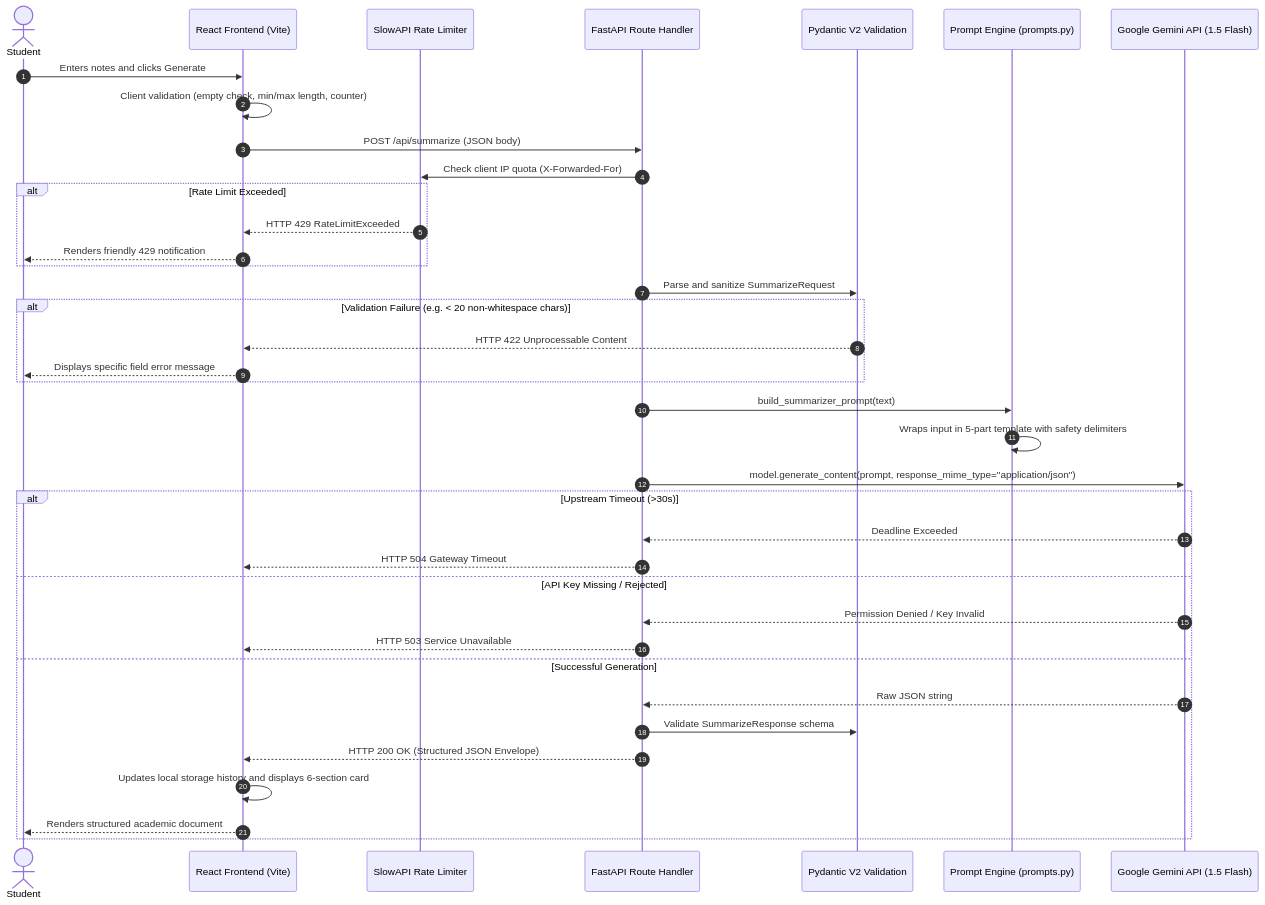
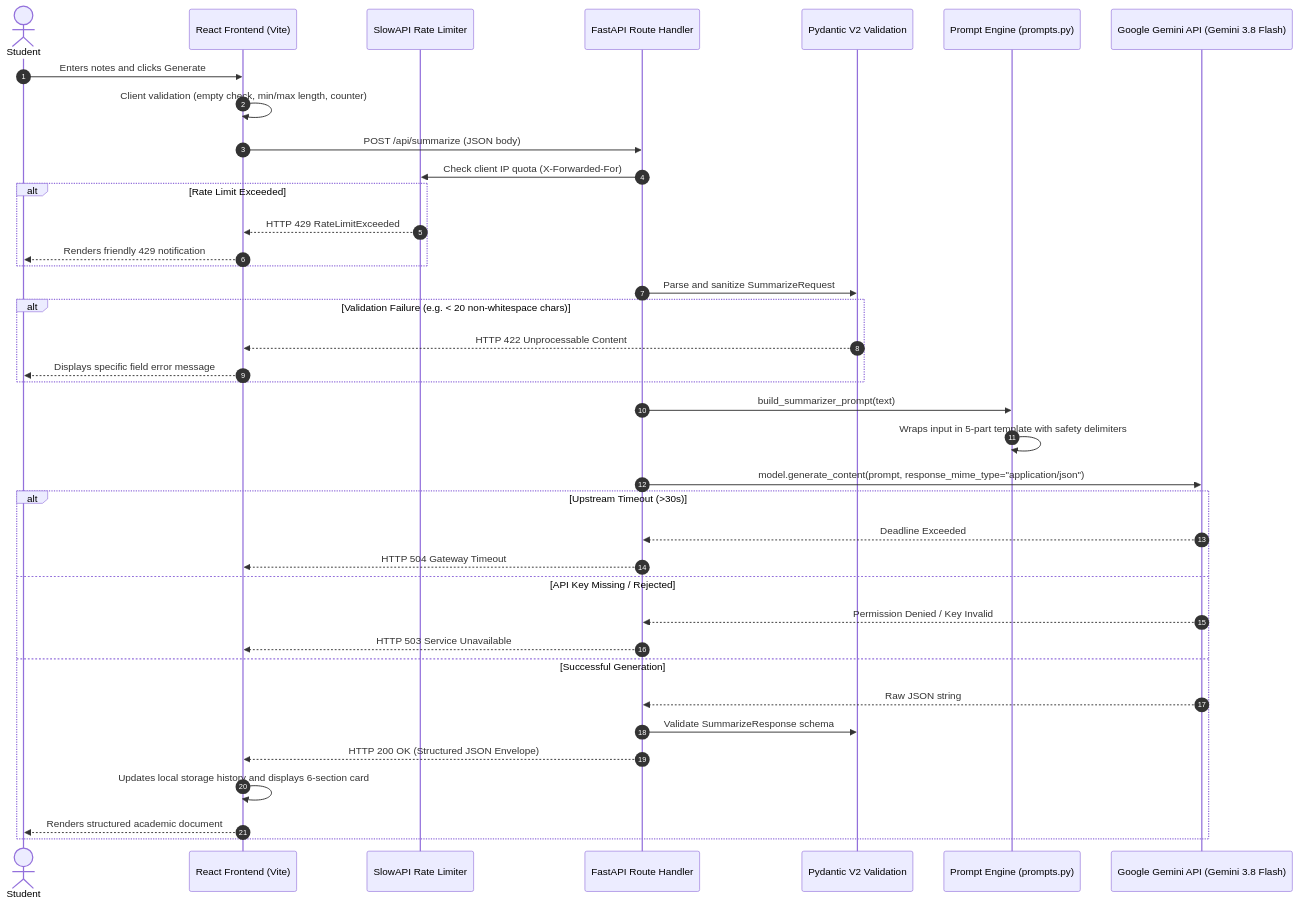
One commit to harshchavan009/StudyMate-AI changed the diagram in docs/EVALUATION_GUIDE.md. Above: the diagram before and after it, drawn with Mermaid. The commit also changed other lines of this file and 4 other files, not shown here.

````diff
--- a/docs/EVALUATION_GUIDE.md
+++ b/docs/EVALUATION_GUIDE.md
@@ -9,41 +9,41 @@
 ```mermaid
 sequenceDiagram
     autonumber
     actor Student
     participant UI as React Frontend (Vite)
     participant Limiter as SlowAPI Rate Limiter
     participant Endpoint as FastAPI Route Handler
     participant Pydantic as Pydantic V2 Validation
     participant Prompt as Prompt Engine (prompts.py)
-    participant Gemini as Google Gemini API (1.5 Flash)
+    participant Gemini as Google Gemini API (Gemini 3.8 Flash)
 
     Student->>UI: Enters notes and clicks Generate
     UI->>UI: Client validation (empty check, min/max length, counter)
     UI->>Endpoint: POST /api/summarize (JSON body)
     Endpoint->>Limiter: Check client IP quota (X-Forwarded-For)
     alt Rate Limit Exceeded
         Limiter-->>UI: HTTP 429 RateLimitExceeded
         UI-->>Student: Renders friendly 429 notification
     end
     Endpoint->>Pydantic: Parse and sanitize SummarizeRequest
     alt Validation Failure (e.g. < 20 non-whitespace chars)
         Pydantic-->>UI: HTTP 422 Unprocessable Content
         UI-->>Student: Displays specific field error message
     end
     Endpoint->>Prompt: build_summarizer_prompt(text)
     Prompt->>Prompt: Wraps input in 5-part template with safety delimiters
     Endpoint->>Gemini: model.generate_content(prompt, response_mime_type="application/json")
     alt Upstream Timeout (>30s)
         Gemini-->>Endpoint: Deadline Exceeded
         Endpoint-->>UI: HTTP 504 Gateway Timeout
     else API Key Missing / Rejected
         Gemini-->>Endpoint: Permission Denied / Key Invalid
         Endpoint-->>UI: HTTP 503 Service Unavailable
     else Successful Generation
         Gemini-->>Endpoint: Raw JSON string
         Endpoint->>Pydantic: Validate SummarizeResponse schema
         Endpoint-->>UI: HTTP 200 OK (Structured JSON Envelope)
         UI->>UI: Updates local storage history and displays 6-section card
         UI-->>Student: Renders structured academic document
     end
 ```
````
